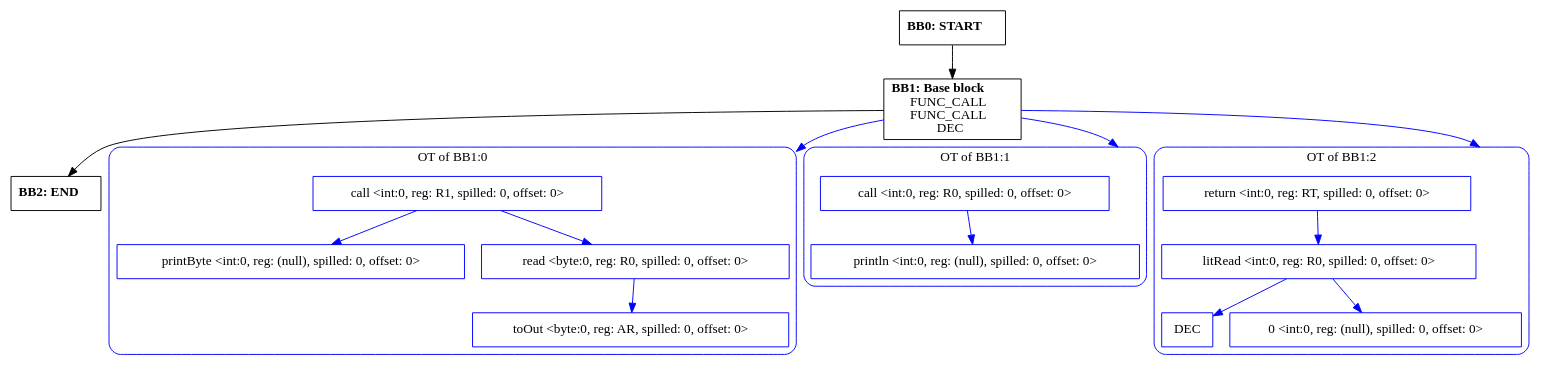
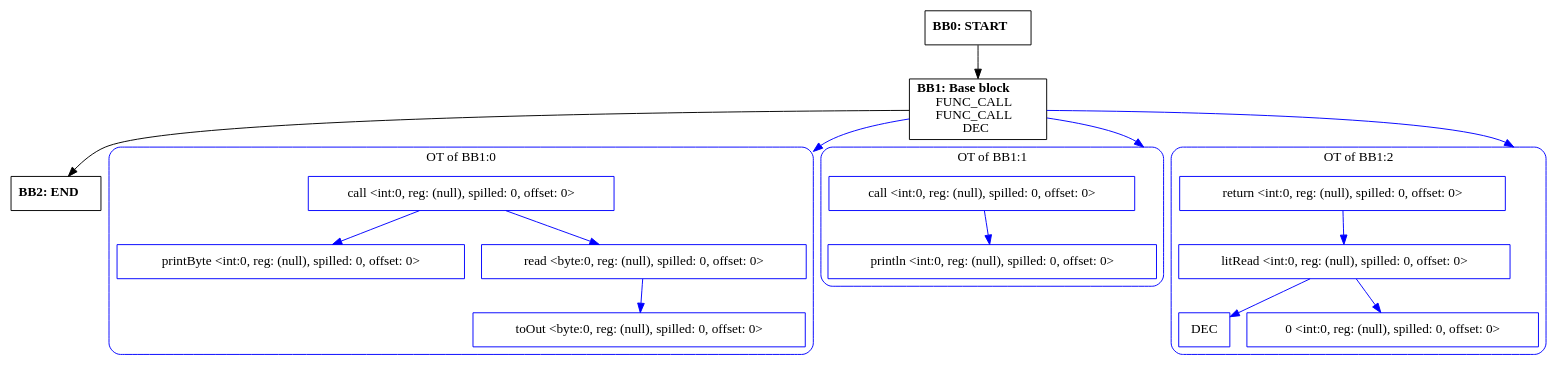
Before and after one commit to zavar152-cv/myLang-oop-compiler: the diagram in outputs/cfg/io.IO.printlnByte.dot, drawn with Graphviz. The commit also changed 33 other files, not shown here.

```diff
--- a/outputs/cfg/io.IO.printlnByte.dot
+++ b/outputs/cfg/io.IO.printlnByte.dot
@@ -1,50 +1,50 @@
 digraph CFG {
     compound=true;
     graph [splines=true];
     node [shape=rectangle];
 
     BB2 [label=<<B>BB2: END</B><BR ALIGN="CENTER"/>>];
     BB1 [label=<<B>BB1: Base block</B><BR ALIGN="CENTER"/>FUNC_CALL<BR ALIGN="CENTER"/>FUNC_CALL<BR ALIGN="CENTER"/>DEC<BR ALIGN="CENTER"/>>];
     subgraph cluster_instruction0 {
         label = "OT of BB1:0";
         style=rounded;
         color=blue;
         entry0 [shape=point, style=invis];
-        node0 [label="call <int:0, reg: R1, spilled: 0, offset: 0>", color=blue];
+        node0 [label="call <int:0, reg: (null), spilled: 0, offset: 0>", color=blue];
         node1 [label="printByte <int:0, reg: (null), spilled: 0, offset: 0>", color=blue];
         node0 -> node1[color=blue];
-        node2 [label="read <byte:0, reg: R0, spilled: 0, offset: 0>", color=blue];
-        node3 [label="toOut <byte:0, reg: AR, spilled: 0, offset: 0>", color=blue];
+        node2 [label="read <byte:0, reg: (null), spilled: 0, offset: 0>", color=blue];
+        node3 [label="toOut <byte:0, reg: (null), spilled: 0, offset: 0>", color=blue];
         node2 -> node3[color=blue];
         node0 -> node2[color=blue];
     }
     BB1 -> entry0 [lhead=cluster_instruction0, color=blue];
     subgraph cluster_instruction1 {
         label = "OT of BB1:1";
         style=rounded;
         color=blue;
         entry1 [shape=point, style=invis];
-        node4 [label="call <int:0, reg: R0, spilled: 0, offset: 0>", color=blue];
+        node4 [label="call <int:0, reg: (null), spilled: 0, offset: 0>", color=blue];
         node5 [label="println <int:0, reg: (null), spilled: 0, offset: 0>", color=blue];
         node4 -> node5[color=blue];
     }
     BB1 -> entry1 [lhead=cluster_instruction1, color=blue];
     subgraph cluster_instruction2 {
         label = "OT of BB1:2";
         style=rounded;
         color=blue;
         entry2 [shape=point, style=invis];
-        node6 [label="return <int:0, reg: RT, spilled: 0, offset: 0>", color=blue];
-        node7 [label="litRead <int:0, reg: R0, spilled: 0, offset: 0>", color=blue];
+        node6 [label="return <int:0, reg: (null), spilled: 0, offset: 0>", color=blue];
+        node7 [label="litRead <int:0, reg: (null), spilled: 0, offset: 0>", color=blue];
         node8 [label="DEC", color=blue];
         node7 -> node8[color=blue];
         node9 [label="0 <int:0, reg: (null), spilled: 0, offset: 0>", color=blue];
         node7 -> node9[color=blue];
         node6 -> node7[color=blue];
     }
     BB1 -> entry2 [lhead=cluster_instruction2, color=blue];
     BB0 [label=<<B>BB0: START</B><BR ALIGN="CENTER"/>>];
 
     BB1 -> BB2;
     BB0 -> BB1;
 }
```
